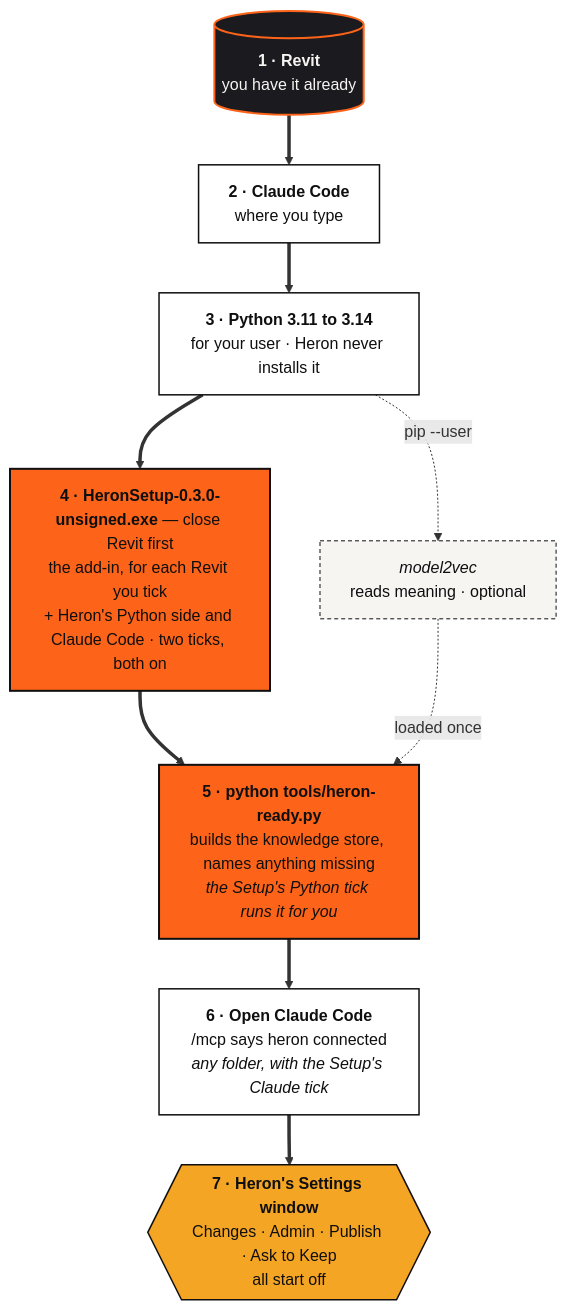
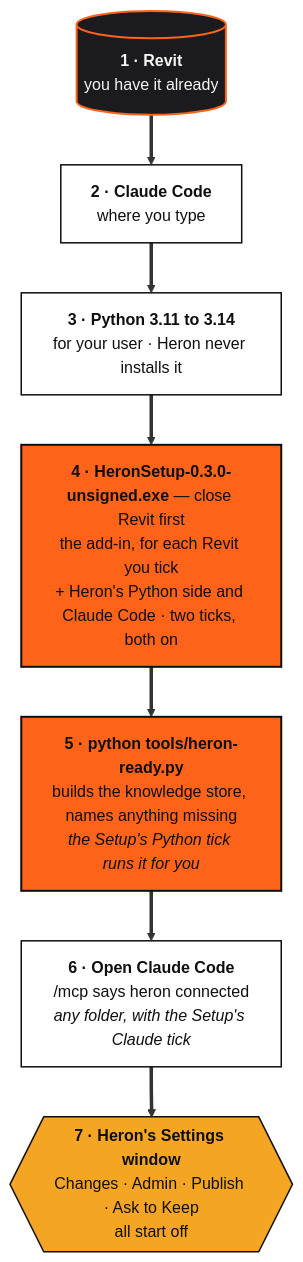
The first of 2 diagrams in docs/WHAT-TO-INSTALL.md (Ajmalpshaik/Heron-AI), drawn with Mermaid before and after one commit. The commit also changed other lines of this file and 40 other files, not shown here.

First line of the commit message:
Remove model2vec: one built-in search for every modeller (D-203)

````diff
--- a/docs/WHAT-TO-INSTALL.md
+++ b/docs/WHAT-TO-INSTALL.md
@@ -46,26 +46,22 @@
 ```mermaid
 flowchart TD
     RV[("<b>1 · Revit</b><br/>you have it already")]
     CC["<b>2 · Claude Code</b><br/>where you type"]
     PY["<b>3 · Python 3.11 to 3.14</b><br/>for your user · Heron never installs it"]
     HI["<b>4 · HeronSetup-0.3.0-unsigned.exe</b> — close Revit first<br/>the add-in, for each Revit you tick<br/>+ Heron's Python side and Claude Code · two ticks, both on"]
     HR["<b>5 · python tools/heron-ready.py</b><br/>builds the knowledge store, names anything missing<br/><i>the Setup's Python tick runs it for you</i>"]
     MC["<b>6 · Open Claude Code</b><br/>/mcp says heron connected<br/><i>any folder, with the Setup's Claude tick</i>"]
     SW{{"<b>7 · Heron's Settings window</b><br/>Changes · Admin · Publish · Ask to Keep<br/>all start off"}}
-    M2["<i>model2vec</i><br/>reads meaning · optional"]
 
     RV ==> CC ==> PY ==> HI ==> HR ==> MC ==> SW
-    PY -.->|pip --user| M2
-    M2 -.->|loaded once| HR
 
     classDef host fill:#FFFFFF,stroke:#0F0F10,stroke-width:1.5px,color:#0F0F10
     classDef heron fill:#FD641A,stroke:#0F0F10,stroke-width:2px,color:#0F0F10
     classDef guard fill:#F5A524,stroke:#0F0F10,stroke-width:1.5px,color:#0F0F10
     classDef quiet fill:#F7F5F2,stroke:#0F0F10,stroke-width:1px,color:#0F0F10,stroke-dasharray:4 3
     classDef revit fill:#1B1B1F,stroke:#FD641A,stroke-width:2px,color:#F7F5F2
     class RV revit
     class CC,PY,MC host
     class HI,HR heron
     class SW guard
-    class M2 quiet
 ```
````
